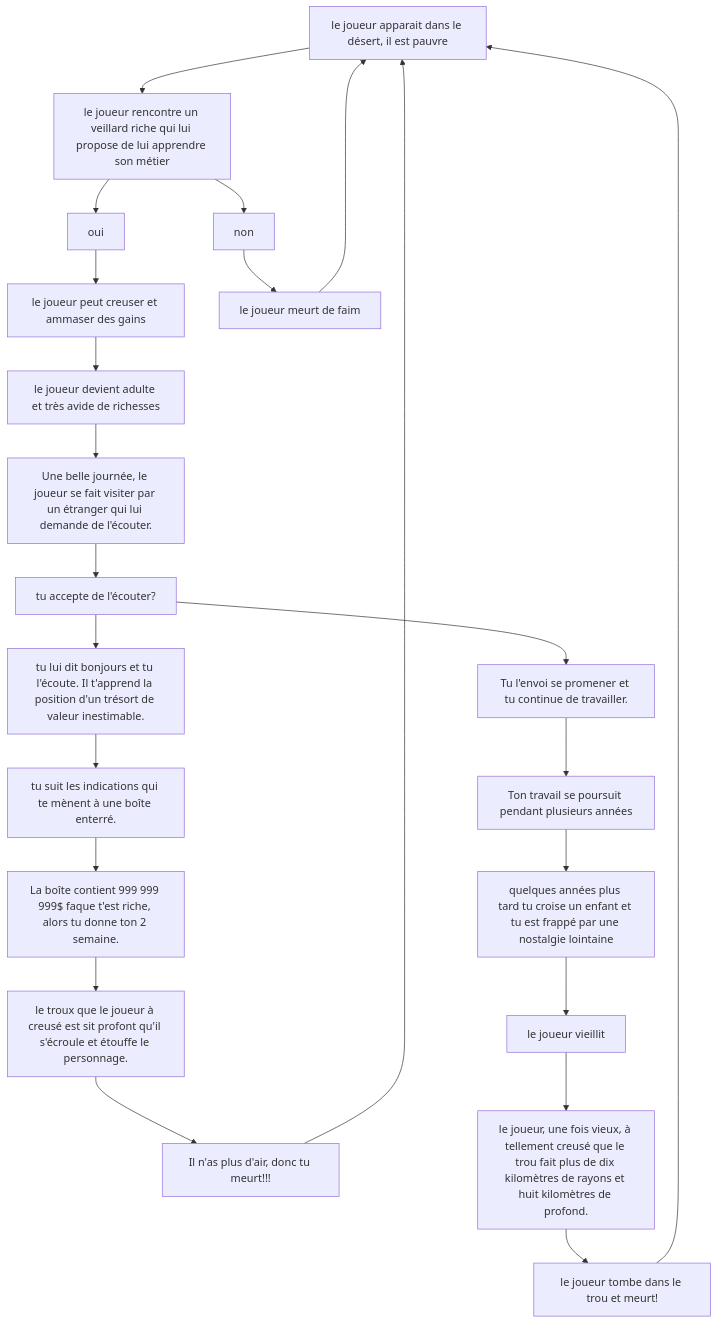
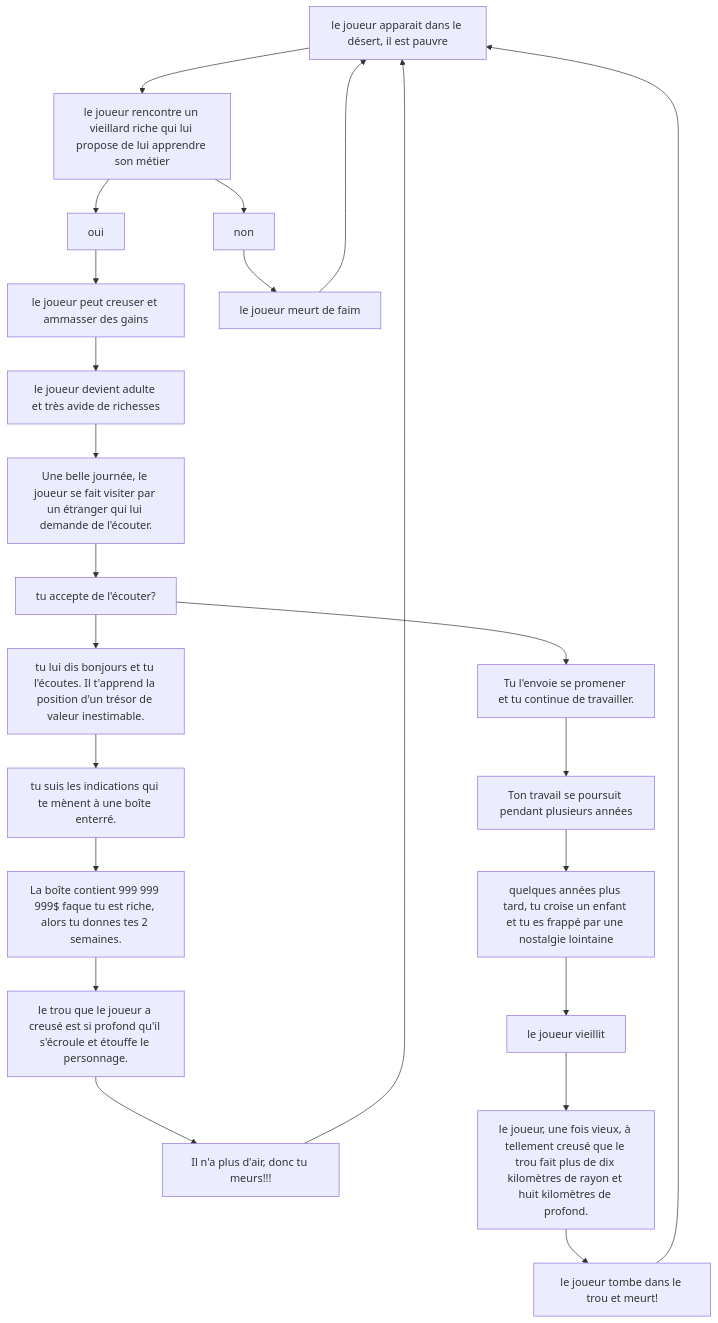
Before and after one commit to KevenMalric/E2: the diagram in README.md, drawn with Mermaid. The commit also changed other lines of this file, not shown here.

Commit message:
major corrections

````diff
--- a/README.md
+++ b/README.md
@@ -16,24 +16,24 @@
 ```mermaid
 graph TD; 
     personnage[le joueur apparait dans le désert, il est pauvre]-->apprenti?;
-    apprenti?[le joueur rencontre un veillard riche qui lui propose de lui apprendre son métier]-->oui;
-    apprenti?[le joueur rencontre un veillard riche qui lui propose de lui apprendre son métier]-->non;
-    oui-->creuse[le joueur peut creuser et ammaser des gains];
+    apprenti?[le joueur rencontre un vieillard riche qui lui propose de lui apprendre son métier]-->oui;
+    apprenti?[le joueur rencontre un vieillard riche qui lui propose de lui apprendre son métier]-->non;
+    oui-->creuse[le joueur peut creuser et ammasser des gains];
     non-->décès[le joueur meurt de faim];
     décès-->personnage
     creuse-->adulte[le joueur devient adulte et très avide de richesses]-->visiteur[Une belle journée, le joueur se fait visiter par un étranger qui lui demande de l'écouter.];
     visiteur-->parle?[tu accepte de l'écouter?];
-    parle?-->salut[tu lui dit bonjours et tu l'écoute. Il t'apprend la position d'un trésort de valeur inestimable.];
-    parle?-->non2[Tu l'envoi se promener et tu continue de travailler.];
-    salut-->trésort[tu suit les indications qui te mènent à une boîte enterré.];
-    trésort-->argent[La boîte contient 999 999 999$ faque t'est riche, alors tu donne ton 2 semaine.];
-    argent-->catastrophe[le troux que le joueur à creusé est sit profont qu'il s'écroule et étouffe le personnage.];
-    catastrophe-->meurt[Il n'as plus d'air, donc tu meurt!!!];
+    parle?-->salut[tu lui dis bonjours et tu l'écoutes. Il t'apprend la position d'un trésor de valeur inestimable.];
+    parle?-->non2[Tu l'envoie se promener et tu continue de travailler.];
+    salut-->trésort[tu suis les indications qui te mènent à une boîte enterré.];
+    trésort-->argent[La boîte contient 999 999 999$ faque tu est riche, alors tu donnes tes 2 semaines.];
+    argent-->catastrophe[le trou que le joueur a creusé est si profond qu'il s'écroule et étouffe le personnage.];
+    catastrophe-->meurt[Il n'a plus d'air, donc tu meurs!!!];
     meurt-->personnage;
     non2-->continue[Ton travail se poursuit pendant plusieurs années];
-    continue-->enfant[quelques années plus tard tu croise un enfant et tu est frappé par une nostalgie lointaine];
+    continue-->enfant[quelques années plus tard, tu croise un enfant et tu es frappé par une nostalgie lointaine];
     enfant-->vieux[le joueur vieillit]
-    vieux-->trou[le joueur, une fois vieux, à tellement creusé que le trou fait plus de dix kilomètres de rayons et huit kilomètres de profond.];
+    vieux-->trou[le joueur, une fois vieux, à tellement creusé que le trou fait plus de dix kilomètres de rayon et huit kilomètres de profond.];
     trou-->mort[le joueur tombe dans le trou et meurt!]
     mort-->personnage;
 ```
````
